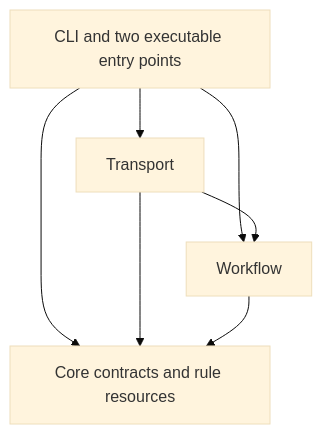
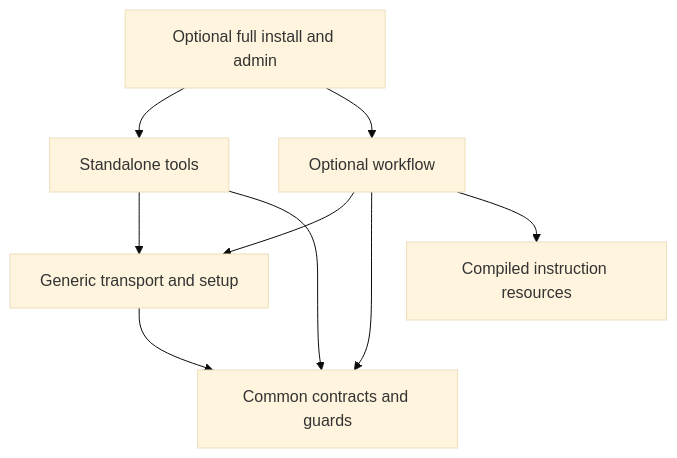
Before and after one commit to john-z-huang/token-io-decoupling: the diagram in instruction-compiler/sources/skill/WORKFLOW_ARCHITECTURE.md, drawn with Mermaid (base theme). The commit also changed other lines of this file and 124 other files, not shown here.

````diff
--- a/instruction-compiler/sources/skill/WORKFLOW_ARCHITECTURE.md
+++ b/instruction-compiler/sources/skill/WORKFLOW_ARCHITECTURE.md
@@ -21,9 +17,11 @@
 ```mermaid
 flowchart TD
-    Root[CLI and two executable entry points] --> Transport[Transport]
-    Root --> Workflow[Workflow]
-    Root --> Core[Core contracts and rule resources]
-    Transport --> Workflow
+    Root[Optional full install and admin] --> Tools[Standalone tools]
+    Root --> Workflow[Optional workflow]
+    Tools --> Transport[Generic transport and setup]
+    Workflow --> Transport
+    Tools --> Core[Common contracts and guards]
+    Workflow --> Core
     Transport --> Core
-    Workflow --> Core
+    Workflow --> Rules[Compiled instruction resources]
 ```
````
